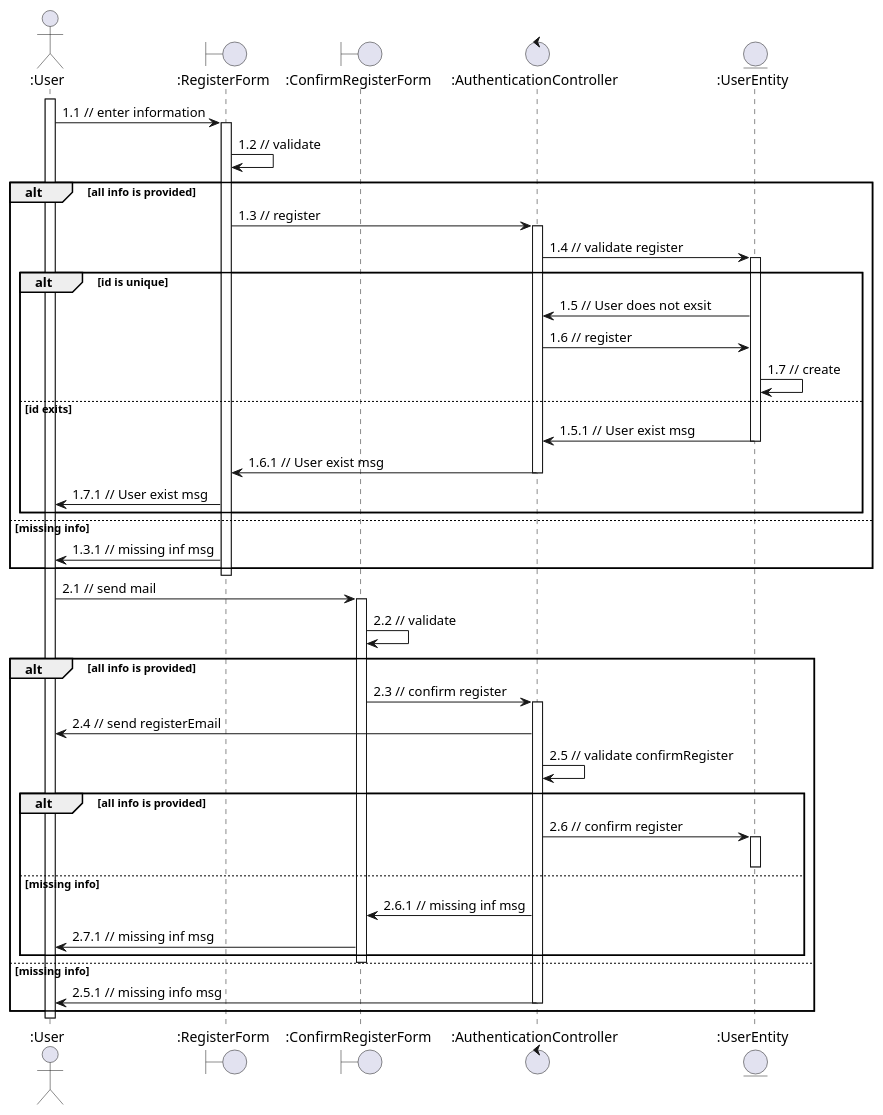
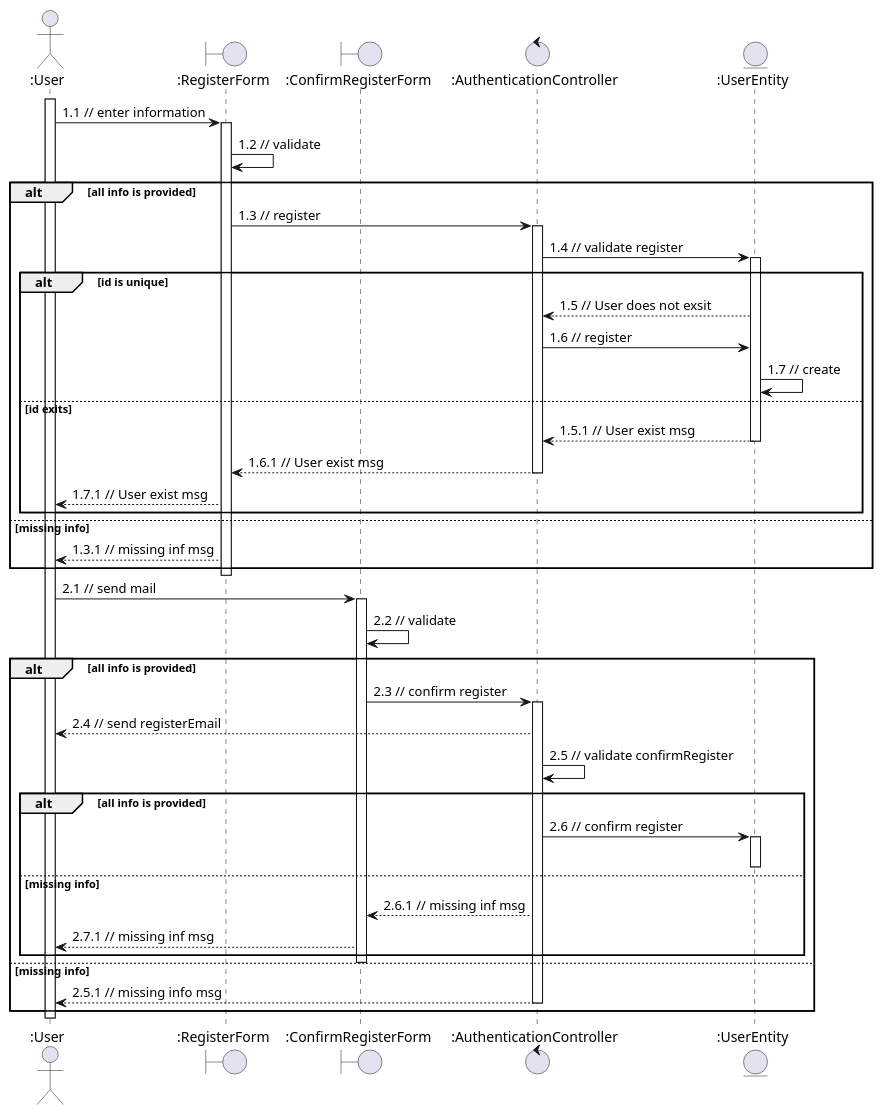
The diagram in sequence - analaysis/authentication/register.plantuml (anonyhostvn/OOAD-Diagram), drawn with PlantUML before and after one commit. The commit also changed 14 other files, not shown here.

Commit message:
sequenceDiagramAuthenticationUpdateFull

```diff
--- a/sequence - analaysis/authentication/register.plantuml
+++ b/sequence - analaysis/authentication/register.plantuml
@@ -1,71 +1,71 @@
 @startuml
 actor ":User"
 boundary ":RegisterForm"
 boundary ":ConfirmRegisterForm"
 control ":AuthenticationController"
 entity ":UserEntity"
 
 activate ":User"
 ":User" -> ":RegisterForm" : 1.1 // enter information
 activate ":RegisterForm"
 ":RegisterForm" -> ":RegisterForm" : 1.2 // validate
 
 alt all info is provided
 
 ":RegisterForm" -> ":AuthenticationController" : 1.3 // register
 activate ":AuthenticationController"
 ":AuthenticationController" -> ":UserEntity" : 1.4 // validate register
 activate ":UserEntity"
 
 alt id is unique
 
-":UserEntity" -> ":AuthenticationController" : 1.5 // User does not exsit
+":UserEntity" --> ":AuthenticationController" : 1.5 // User does not exsit
 ":AuthenticationController" -> ":UserEntity" : 1.6 // register
 ":UserEntity" -> ":UserEntity" : 1.7 // create
 
 else id exits
 
-":UserEntity" -> ":AuthenticationController" : 1.5.1 // User exist msg
+":UserEntity" --> ":AuthenticationController" : 1.5.1 // User exist msg
 deactivate ":UserEntity"
-":AuthenticationController" -> ":RegisterForm" : 1.6.1 // User exist msg
+":AuthenticationController" --> ":RegisterForm" : 1.6.1 // User exist msg
 deactivate ":AuthenticationController"
-":RegisterForm" -> ":User" : 1.7.1 // User exist msg
+":RegisterForm" --> ":User" : 1.7.1 // User exist msg
 end
 
 else missing info
 
-":RegisterForm" -> ":User" : 1.3.1 // missing inf msg
+":RegisterForm" --> ":User" : 1.3.1 // missing inf msg
 
 end
 deactivate ":RegisterForm"
 ":User" -> ":ConfirmRegisterForm" : 2.1 // send mail
 activate ":ConfirmRegisterForm"
 ":ConfirmRegisterForm" -> ":ConfirmRegisterForm" : 2.2 // validate
 
 alt all info is provided
 
 ":ConfirmRegisterForm" -> ":AuthenticationController" : 2.3 // confirm register
 activate ":AuthenticationController"
-":AuthenticationController" -> ":User" : 2.4 // send registerEmail
+":AuthenticationController" --> ":User" : 2.4 // send registerEmail
 ":AuthenticationController" -> ":AuthenticationController" : 2.5 // validate confirmRegister
 
 alt all info is provided
 
 ":AuthenticationController" -> ":UserEntity" : 2.6 // confirm register
 activate ":UserEntity"
 deactivate ":UserEntity"
 else missing info
 
-":AuthenticationController" -> ":ConfirmRegisterForm" : 2.6.1 // missing inf msg
-":ConfirmRegisterForm" -> ":User" : 2.7.1 // missing inf msg
+":AuthenticationController" --> ":ConfirmRegisterForm" : 2.6.1 // missing inf msg
+":ConfirmRegisterForm" --> ":User" : 2.7.1 // missing inf msg
 
 end
 deactivate ":ConfirmRegisterForm"
 
 else missing info
 
-":AuthenticationController" -> ":User" : 2.5.1 // missing info msg
+":AuthenticationController" --> ":User" : 2.5.1 // missing info msg
 deactivate ":AuthenticationController"
 end
 deactivate ":User"
 @enduml
```
